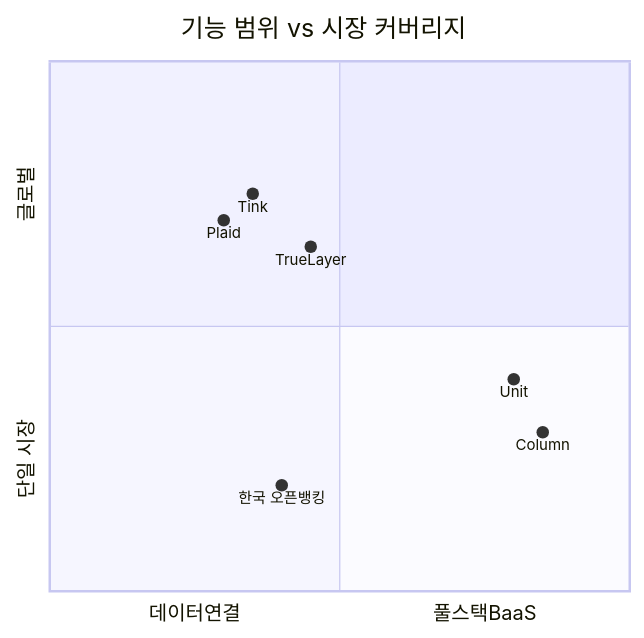
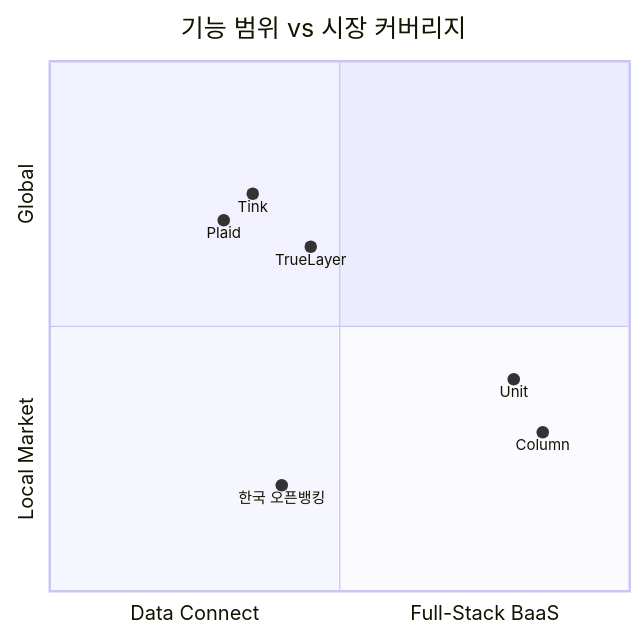
Before and after one commit to OkyoKwon/studyNresearch: the diagram in docs/domains/open-banking/products/index.md, drawn with Mermaid. The commit also changed 9 other files, not shown here.

````diff
--- a/docs/domains/open-banking/products/index.md
+++ b/docs/domains/open-banking/products/index.md
@@ -22,12 +22,12 @@
 ```mermaid
 quadrantChart
     title 기능 범위 vs 시장 커버리지
-    x-axis 데이터연결 --> 풀스택BaaS
-    y-axis 단일 시장 --> 글로벌
+    x-axis Data Connect --> Full-Stack BaaS
+    y-axis Local Market --> Global
     Plaid: [0.3, 0.7]
     Unit: [0.8, 0.4]
     Column: [0.85, 0.3]
     한국 오픈뱅킹: [0.4, 0.2]
     Tink: [0.35, 0.75]
     TrueLayer: [0.45, 0.65]
 ```
````
